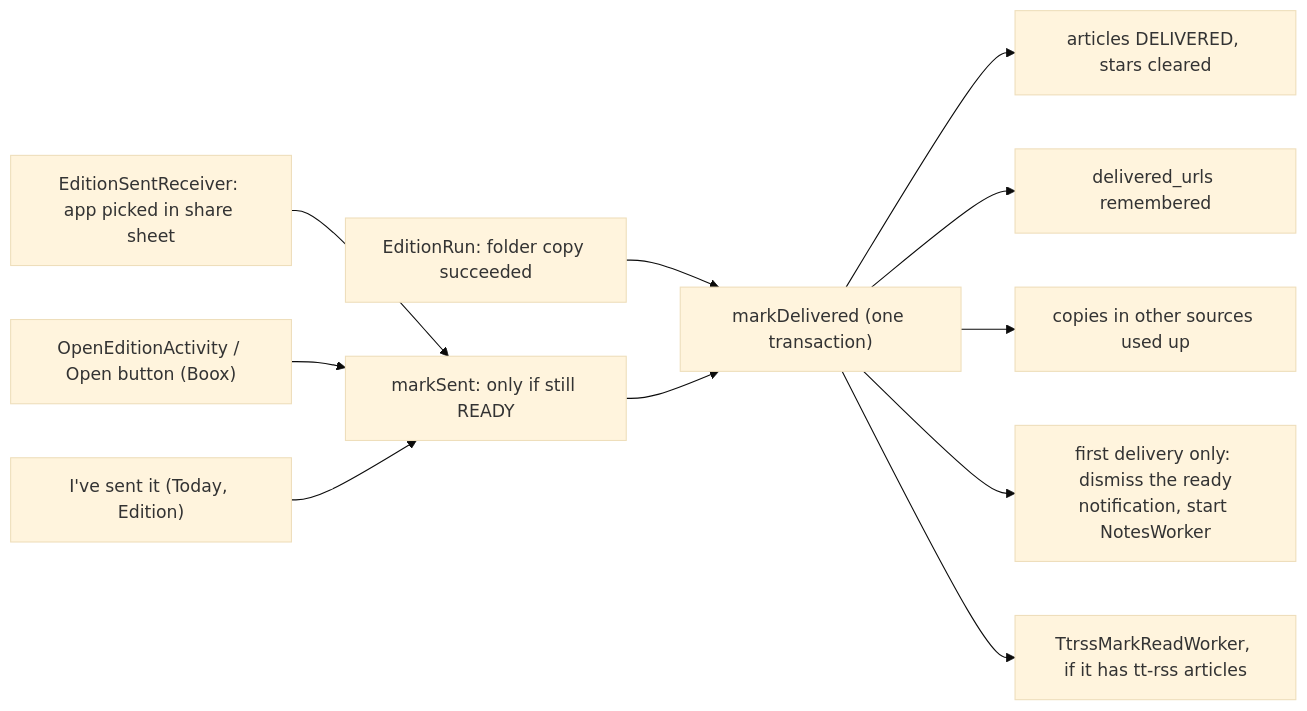
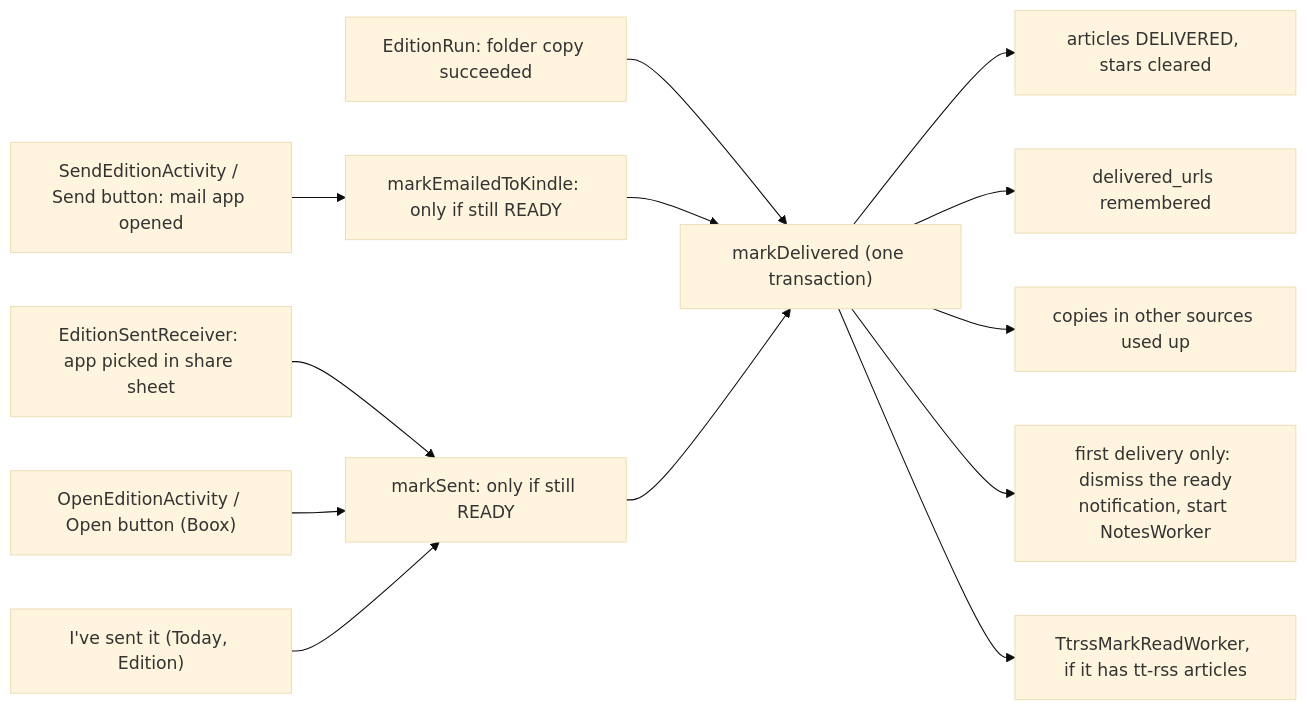
One commit to madCode/newspaperss changed the third of 5 diagrams in docs/ARCHITECTURE.md. Above: the diagram before and after it, drawn with Mermaid (base theme). The commit also changed other lines of this file and 2 other files, not shown here.

First line of the commit message:
Docs: email to a Kindle in delivery, onboarding and settings

````diff
--- a/docs/ARCHITECTURE.md
+++ b/docs/ARCHITECTURE.md
@@ -169,14 +170,16 @@
 ```mermaid
 flowchart LR
     folder["EditionRun: folder copy succeeded"] --> md
     share["EditionSentReceiver: app picked in share sheet"] --> ms
     open["OpenEditionActivity / Open button (Boox)"] --> ms
+    email["SendEditionActivity / Send button: mail app opened"] --> me
+    me["markEmailedToKindle: only if still READY"] --> md
     sent["I've sent it (Today, Edition)"] --> ms
     ms["markSent: only if still READY"] --> md
     md["markDelivered (one transaction)"]
     md --> arts["articles DELIVERED, stars cleared"]
     md --> urls["delivered_urls remembered"]
     md --> copies["copies in other sources used up"]
     md --> first["first delivery only: dismiss the ready<br/>notification, start NotesWorker"]
     md --> ttrss["TtrssMarkReadWorker, if it has tt-rss articles"]
 ```
````
